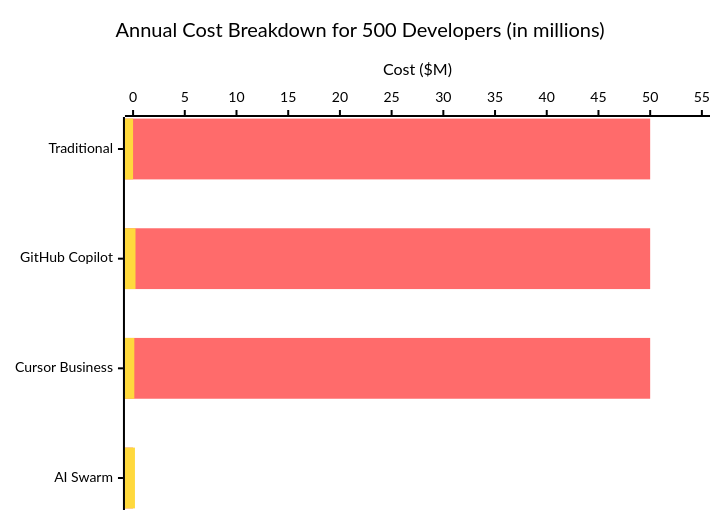
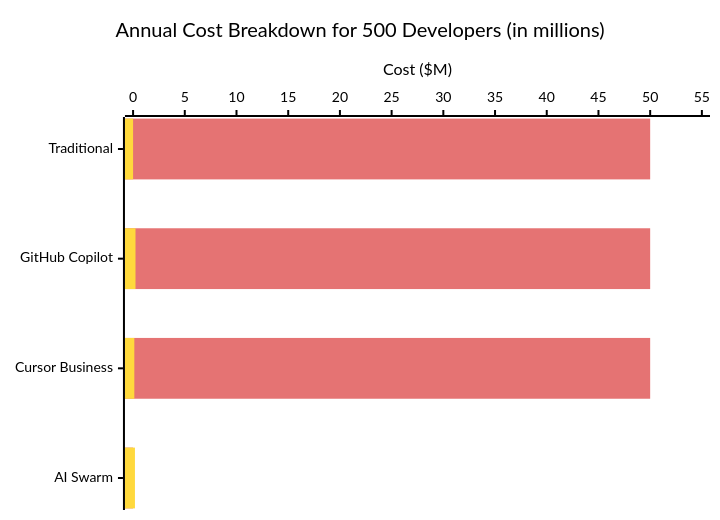
One commit to o2alexanderfedin/AI-Hive-Business-Docs changed the third of 9 diagrams in business-documents/market-analysis/06-pricing-analysis.md. Above: the diagram before and after it, drawn with Mermaid.

Commit message:
Soften red color to be less acidic
- Change developer costs color from #FF6B6B to #E57373
- More muted, professional red tone
- Update border to #D32F2F for consistency
- Maintains contrast while being easier on the eyes

````diff
--- a/business-documents/market-analysis/06-pricing-analysis.md
+++ b/business-documents/market-analysis/06-pricing-analysis.md
@@ -167,26 +167,26 @@
 ```mermaid
 ---
 config:
   themeVariables:
     xyChart:
       backgroundColor: transparent
-      plotColorPalette: "#FF6B6B, #FFD93D, #6BCF7F"
-      plotBorderColor: "#CC5555, #E6C230, #4CAF50"
+      plotColorPalette: "#E57373, #FFD93D, #6BCF7F"
+      plotBorderColor: "#D32F2F, #E6C230, #4CAF50"
       plotBorderWidth: 2
       titleColor: "#000000"
       xAxisLabelColor: "#000000"
       xAxisTitleColor: "#000000"
       xAxisTickColor: "#000000"
       xAxisLineColor: "#000000"
       yAxisLabelColor: "#000000"
       yAxisTitleColor: "#000000"
       yAxisTickColor: "#000000"
       yAxisLineColor: "#000000"
 ---
 xychart-beta horizontal
     title "Annual Cost Breakdown for 500 Developers (in millions)"
     x-axis ["Traditional", "GitHub Copilot", "Cursor Business", "AI Swarm"]
     y-axis "Cost ($M)" 0 --> 55
     bar "Developer Costs" [50.00, 50.00, 50.00, 0]
     bar "Tool/Platform Costs" [0, 0.234, 0.12, 0.18]
 ```
````
